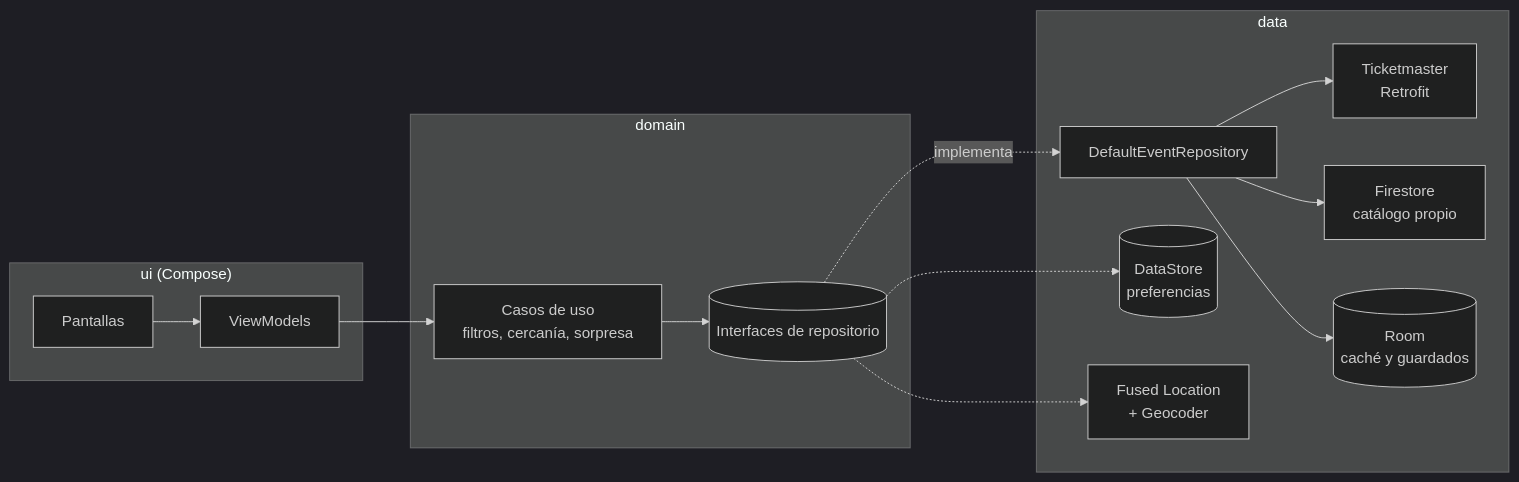
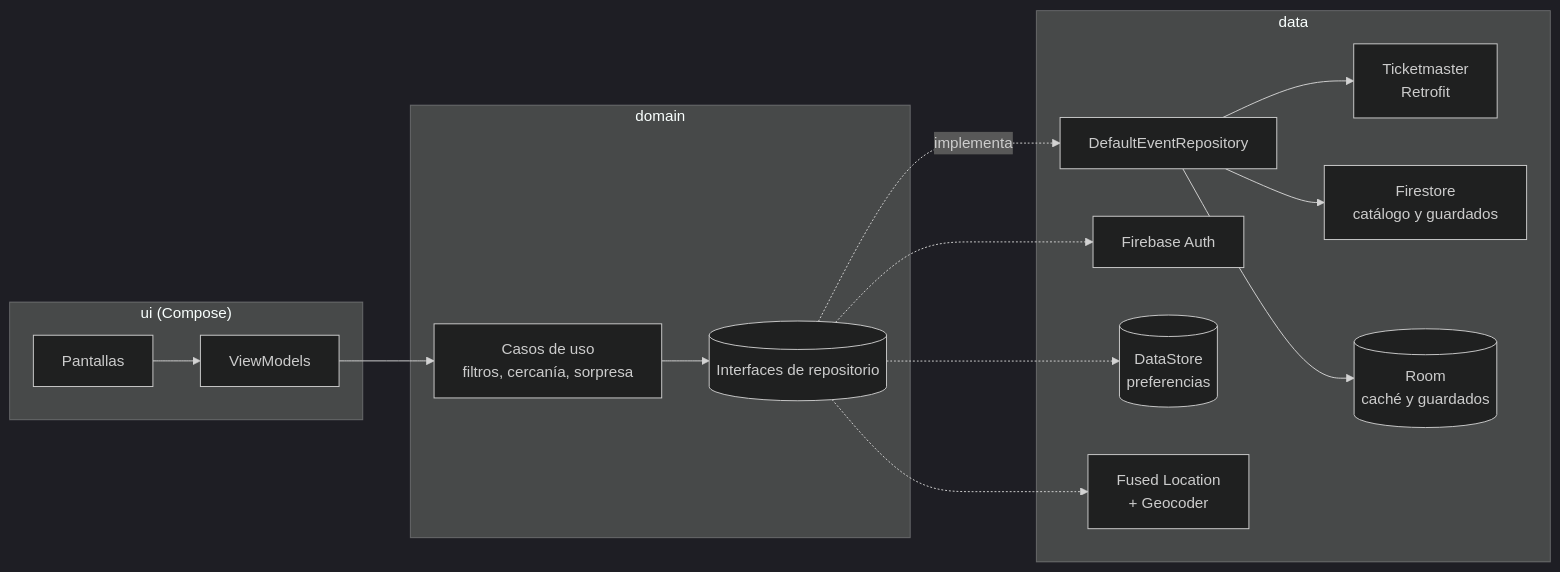
One commit to tulcansantiago08-cell/CityPulse changed the diagram in README.md. Above: the diagram before and after it, drawn with Mermaid (dark theme). The commit also changed other lines of this file and 24 other files, not shown here.

Commit message:
feat(auth): cuenta opcional con correo y guardados en la nube

````diff
--- a/README.md
+++ b/README.md
@@ -34,25 +35,27 @@
 ```mermaid
 flowchart LR
     subgraph UI["ui (Compose)"]
         S[Pantallas] --> VM[ViewModels]
     end
     subgraph Domain["domain"]
         UC[Casos de uso<br/>filtros, cercanía, sorpresa]
         R[(Interfaces de repositorio)]
     end
     subgraph Data["data"]
         ER[DefaultEventRepository]
         TM[Ticketmaster<br/>Retrofit]
-        FS[Firestore<br/>catálogo propio]
+        FS[Firestore<br/>catálogo y guardados]
+        AU[Firebase Auth]
         DB[(Room<br/>caché y guardados)]
         DS[(DataStore<br/>preferencias)]
         LOC[Fused Location<br/>+ Geocoder]
     end
     VM --> UC --> R
     R -.implementa.-> ER
     ER --> TM
     ER --> FS
     ER --> DB
     R -.-> DS
     R -.-> LOC
+    R -.-> AU
 ```
````
